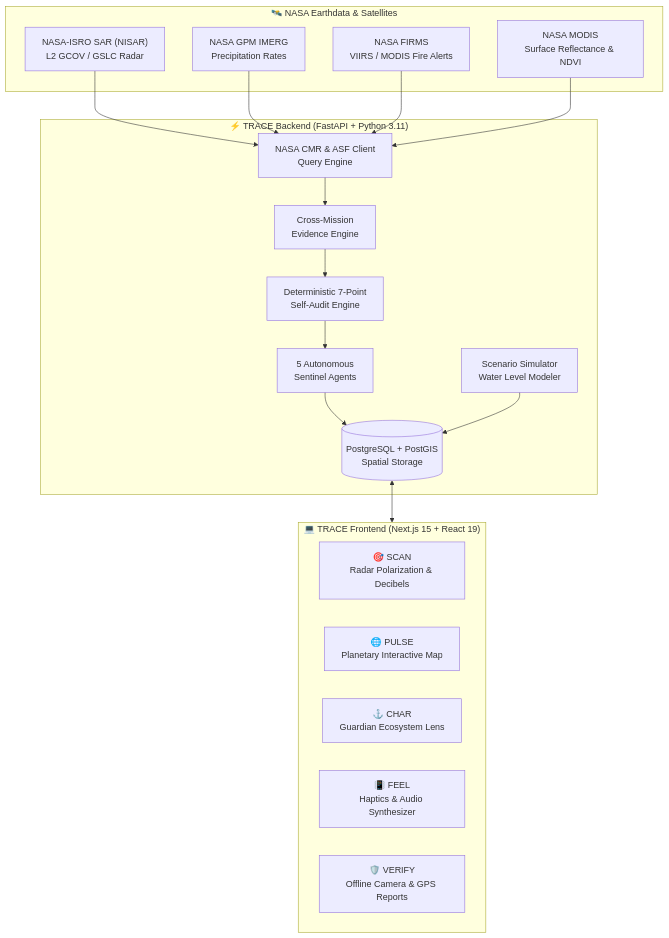
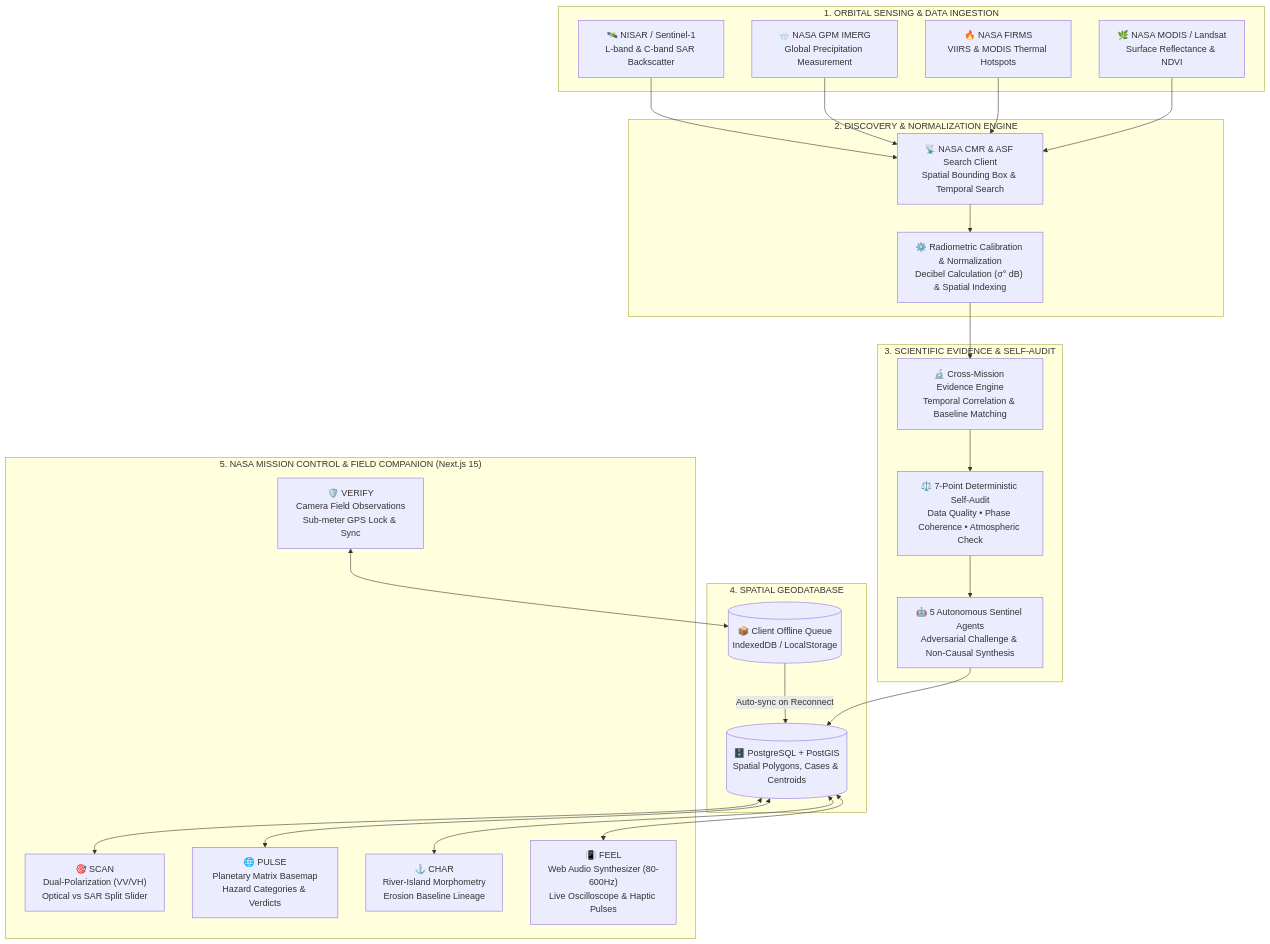
The diagram in README.md (sanjidtalukder/TRACE-Platform), drawn with Mermaid before and after one commit. The commit also changed other lines of this file and 6 other files, not shown here.

````diff
--- a/README.md
+++ b/README.md
@@ -83,39 +47,46 @@
 ```mermaid
-graph TD
-    subgraph Data_Sources ["🛰️ NASA Earthdata & Satellites"]
-        NISAR["NASA-ISRO SAR (NISAR)<br/>L2 GCOV / GSLC Radar"]
-        GPM["NASA GPM IMERG<br/>Precipitation Rates"]
-        FIRMS["NASA FIRMS<br/>VIIRS / MODIS Fire Alerts"]
-        MODIS["NASA MODIS<br/>Surface Reflectance & NDVI"]
+flowchart TD
+    %% Node Definitions
+    subgraph SATELLITE_ORBIT ["1. ORBITAL SENSING & DATA INGESTION"]
+        NISAR["🛰️ NISAR / Sentinel-1<br/>L-band & C-band SAR Backscatter"]
+        GPM["🌧️ NASA GPM IMERG<br/>Global Precipitation Measurement"]
+        FIRMS["🔥 NASA FIRMS<br/>VIIRS & MODIS Thermal Hotspots"]
+        MODIS["🌿 NASA MODIS / Landsat<br/>Surface Reflectance & NDVI"]
     end
 
-    subgraph Server ["⚡ TRACE Backend (FastAPI + Python 3.11)"]
-        CMR_Client["NASA CMR & ASF Client<br/>Query Engine"]
-        Evidence_Engine["Cross-Mission<br/>Evidence Engine"]
-        Self_Audit["Deterministic 7-Point<br/>Self-Audit Engine"]
-        Sentinel_Agents["5 Autonomous<br/>Sentinel Agents"]
-        Scenario_Sim["Scenario Simulator<br/>Water Level Modeler"]
-        DB[(PostgreSQL + PostGIS<br/>Spatial Storage)]
+    subgraph INGESTION_DISCOVERY ["2. DISCOVERY & NORMALIZATION ENGINE"]
+        CMR["📡 NASA CMR & ASF Search Client<br/>Spatial Bounding Box & Temporal Search"]
+        Ingest["⚙️ Radiometric Calibration & Normalization<br/>Decibel Calculation (σ° dB) & Spatial Indexing"]
     end
 
-    subgraph Client ["💻 TRACE Frontend (Next.js 15 + React 19)"]
-        ScanView["🎯 SCAN<br/>Radar Polarization & Decibels"]
-        PulseView["🌐 PULSE<br/>Planetary Interactive Map"]
-        CharView["⚓ CHAR<br/>Guardian Ecosystem Lens"]
-        FeelView["📳 FEEL<br/>Haptics & Audio Synthesizer"]
-        VerifyView["🛡️ VERIFY<br/>Offline Camera & GPS Reports"]
+    subgraph CORE_INTELLIGENCE ["3. SCIENTIFIC EVIDENCE & SELF-AUDIT"]
+        EvidenceEngine["🔬 Cross-Mission Evidence Engine<br/>Temporal Correlation & Baseline Matching"]
+        SelfAudit["⚖️ 7-Point Deterministic Self-Audit<br/>Data Quality • Phase Coherence • Atmospheric Check"]
+        Agents["🤖 5 Autonomous Sentinel Agents<br/>Adversarial Challenge & Non-Causal Synthesis"]
     end
 
-    NISAR --> CMR_Client
-    GPM --> CMR_Client
-    FIRMS --> CMR_Client
-    MODIS --> CMR_Client
+    subgraph STORAGE_LAYER ["4. SPATIAL GEODATABASE"]
+        PostGIS[("🗄️ PostgreSQL + PostGIS<br/>Spatial Polygons, Cases & Centroids")]
+        OfflineQueue[("📦 Client Offline Queue<br/>IndexedDB / LocalStorage")]
+    end
 
-    CMR_Client --> Evidence_Engine
-    Evidence_Engine --> Self_Audit
-    Self_Audit --> Sentinel_Agents
-    Sentinel_Agents --> DB
-    Scenario_Sim --> DB
+    subgraph MISSION_INTERFACE ["5. NASA MISSION CONTROL & FIELD COMPANION (Next.js 15)"]
+        SCAN["🎯 SCAN<br/>Dual-Polarization (VV/VH)<br/>Optical vs SAR Split Slider"]
+        PULSE["🌐 PULSE<br/>Planetary Matrix Basemap<br/>Hazard Categories & Verdicts"]
+        CHAR["⚓ CHAR<br/>River-Island Morphometry<br/>Erosion Baseline Lineage"]
+        FEEL["📳 FEEL<br/>Web Audio Synthesizer (80-600Hz)<br/>Live Oscilloscope & Haptic Pulses"]
+        VERIFY["🛡️ VERIFY<br/>Camera Field Observations<br/>Sub-meter GPS Lock & Sync"]
+    end
 
-    DB <--> Client
+    %% Flow Connections
+    NISAR & GPM & FIRMS & MODIS --> CMR
+    CMR --> Ingest
+    Ingest --> EvidenceEngine
+    EvidenceEngine --> SelfAudit
+    SelfAudit --> Agents
+    Agents --> PostGIS
+
+    PostGIS <--> SCAN & PULSE & CHAR & FEEL
+    VERIFY <--> OfflineQueue
+    OfflineQueue -- "Auto-sync on Reconnect" --> PostGIS
 ```
````
